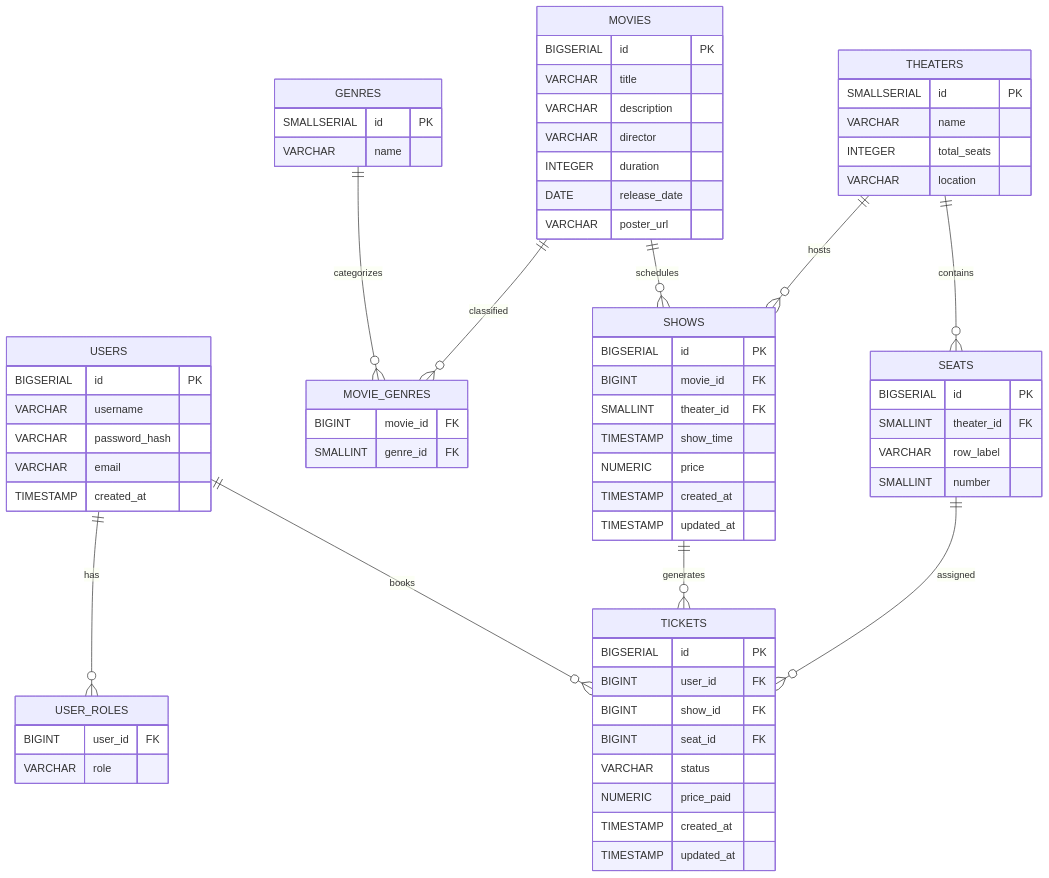
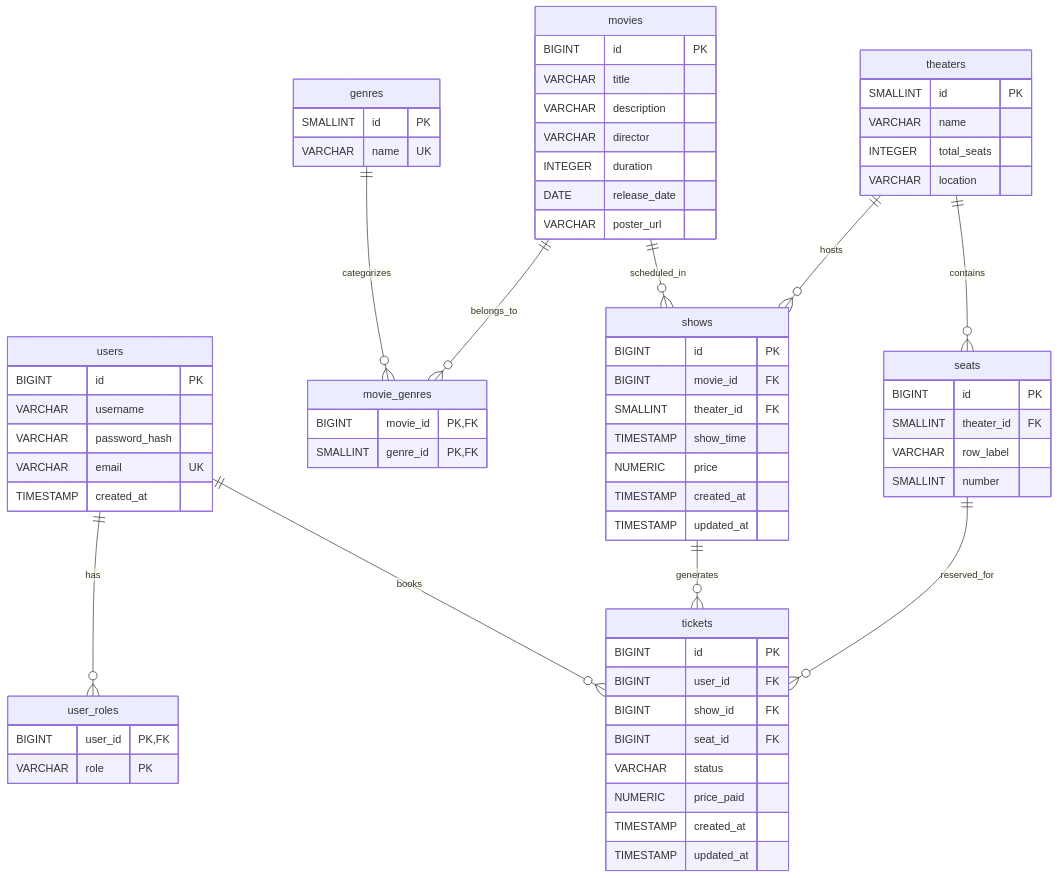
One commit to Diaajamal/movie-reservation-system changed the diagram in README.md. Above: the diagram before and after it, drawn with Mermaid.

````diff
--- a/README.md
+++ b/README.md
@@ -101,22 +101,25 @@
 ```mermaid
 erDiagram
-    USERS {
-        BIGSERIAL id PK
+    users {
+        BIGINT id PK
         VARCHAR username
         VARCHAR password_hash
-        VARCHAR email
+        VARCHAR email UK
         TIMESTAMP created_at
     }
-    USER_ROLES {
-        BIGINT user_id FK
-        VARCHAR role
+    
+    user_roles {
+        BIGINT user_id PK,FK
+        VARCHAR role PK
     }
-    GENRES {
-        SMALLSERIAL id PK
-        VARCHAR name
+    
+    genres {
+        SMALLINT id PK
+        VARCHAR name UK
     }
-    MOVIES {
-        BIGSERIAL id PK
+    
+    movies {
+        BIGINT id PK
         VARCHAR title
         VARCHAR description
         VARCHAR director
@@ -124,24 +127,28 @@
         DATE release_date
         VARCHAR poster_url
     }
-    MOVIE_GENRES {
-        BIGINT movie_id FK
-        SMALLINT genre_id FK
+    
+    movie_genres {
+        BIGINT movie_id PK,FK
+        SMALLINT genre_id PK,FK
     }
-    THEATERS {
-        SMALLSERIAL id PK
+    
+    theaters {
+        SMALLINT id PK
         VARCHAR name
         INTEGER total_seats
         VARCHAR location
     }
-    SEATS {
-        BIGSERIAL id PK
+    
+    seats {
+        BIGINT id PK
         SMALLINT theater_id FK
         VARCHAR row_label
         SMALLINT number
     }
-    SHOWS {
-        BIGSERIAL id PK
+    
+    shows {
+        BIGINT id PK
         BIGINT movie_id FK
         SMALLINT theater_id FK
         TIMESTAMP show_time
@@ -149,8 +156,9 @@
         TIMESTAMP created_at
         TIMESTAMP updated_at
     }
-    TICKETS {
-        BIGSERIAL id PK
+    
+    tickets {
+        BIGINT id PK
         BIGINT user_id FK
         BIGINT show_id FK
         BIGINT seat_id FK
@@ -160,13 +168,17 @@
         TIMESTAMP updated_at
     }
 
-    USERS ||--o{ USER_ROLES : has
-    USERS ||--o{ TICKETS : books
-    MOVIES ||--o{ MOVIE_GENRES : classified
-    GENRES ||--o{ MOVIE_GENRES : categorizes
-    MOVIES ||--o{ SHOWS : schedules
-    THEATERS ||--o{ SHOWS : hosts
-    THEATERS ||--o{ SEATS : contains
-    SHOWS ||--o{ TICKETS : generates
-    SEATS ||--o{ TICKETS : assigned
+    %% Relationships
+    users ||--o{ user_roles : has
+    users ||--o{ tickets : books
+    
+    genres ||--o{ movie_genres : categorizes
+    movies ||--o{ movie_genres : belongs_to
+    movies ||--o{ shows : scheduled_in
+    
+    theaters ||--o{ seats : contains
+    theaters ||--o{ shows : hosts
+    
+    shows ||--o{ tickets : generates
+    seats ||--o{ tickets : reserved_for
 ```
````
